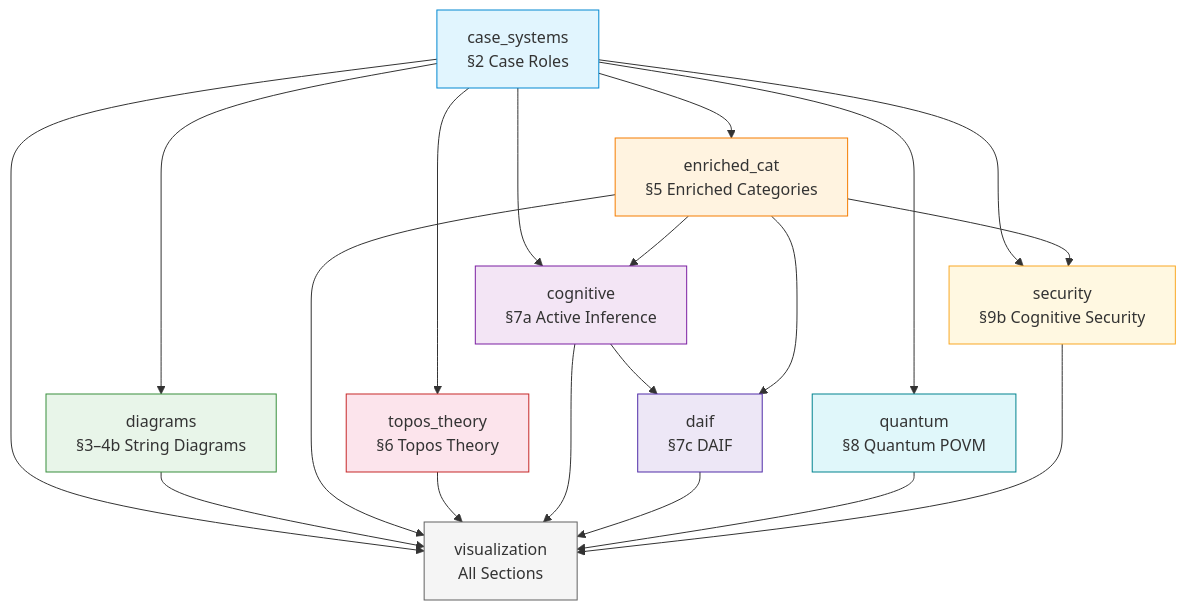
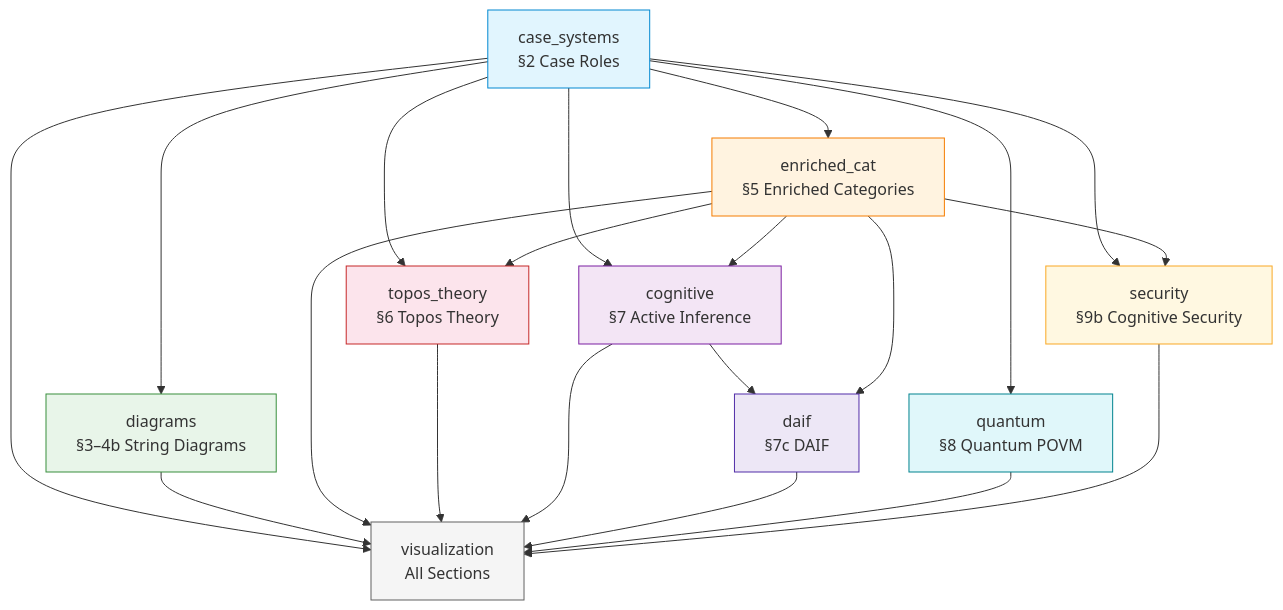
The first of 3 diagrams in docs/architecture_overview.md (docxology/cognitive_case_diagrams), drawn with Mermaid before and after one commit. The commit also changed other lines of this file and 725 other files, not shown here.

````diff
--- a/docs/architecture_overview.md
+++ b/docs/architecture_overview.md
@@ -14,42 +20,43 @@
 ```mermaid
 graph TD
     CS["case_systems<br/>§2 Case Roles"]
     DG["diagrams<br/>§3–4b String Diagrams"]
     EC["enriched_cat<br/>§5 Enriched Categories"]
     TT["topos_theory<br/>§6 Topos Theory"]
-    CG["cognitive<br/>§7a Active Inference"]
+    CG["cognitive<br/>§7 Active Inference"]
     DA["daif<br/>§7c DAIF"]
     QM["quantum<br/>§8 Quantum POVM"]
     SC["security<br/>§9b Cognitive Security"]
     VZ["visualization<br/>All Sections"]
 
     CS --> DG
     CS --> EC
     CS --> TT
+    EC --> TT
     CS --> CG
     CS --> QM
     CS --> SC
     EC --> CG
     EC --> SC
     CG --> DA
     EC --> DA
 
     CS --> VZ
     DG --> VZ
     EC --> VZ
     TT --> VZ
     CG --> VZ
     DA --> VZ
     QM --> VZ
     SC --> VZ
 
     style CS fill:#e1f5fe,stroke:#0288d1
     style DG fill:#e8f5e9,stroke:#388e3c
     style EC fill:#fff3e0,stroke:#f57c00
     style TT fill:#fce4ec,stroke:#c62828
     style CG fill:#f3e5f5,stroke:#7b1fa2
     style DA fill:#ede7f6,stroke:#512da8
     style QM fill:#e0f7fa,stroke:#00838f
     style SC fill:#fff8e1,stroke:#f9a825
     style VZ fill:#f5f5f5,stroke:#616161
 ```
````
